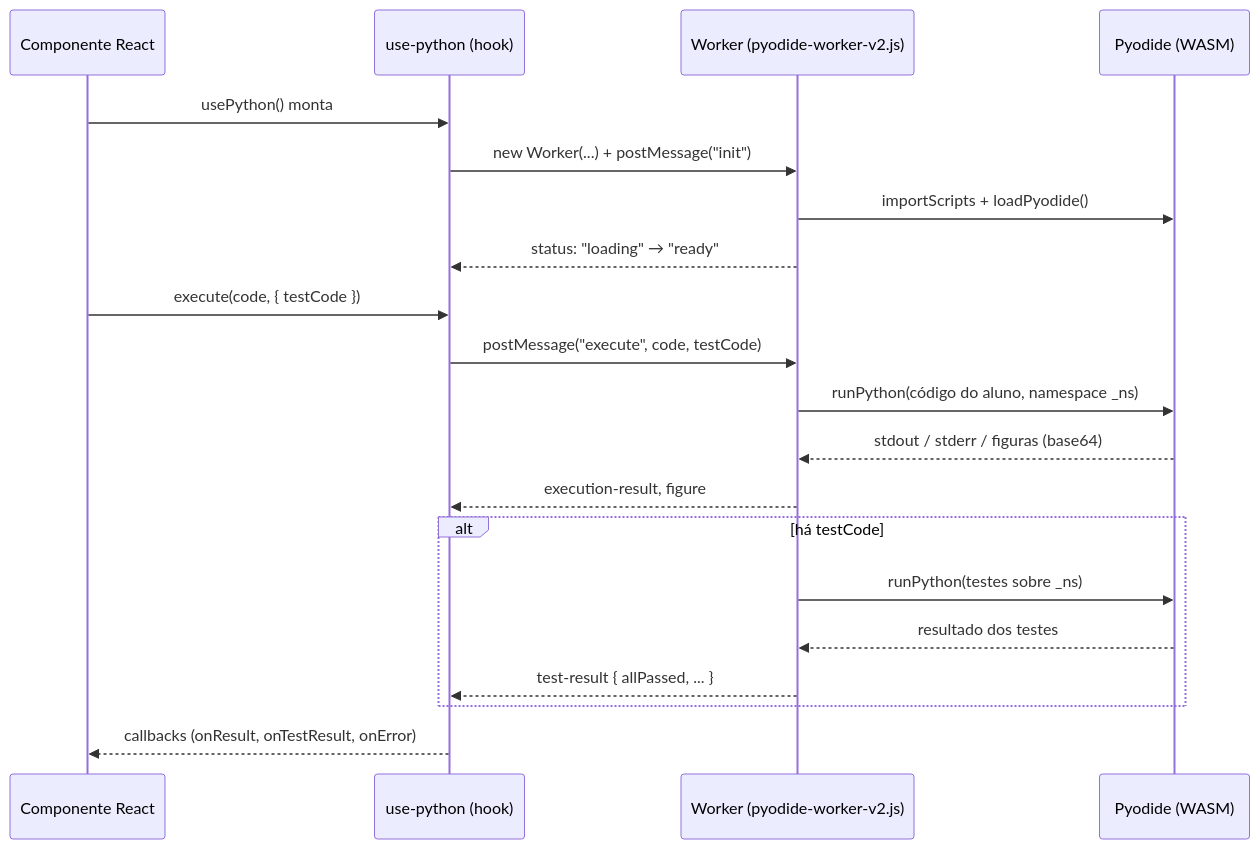
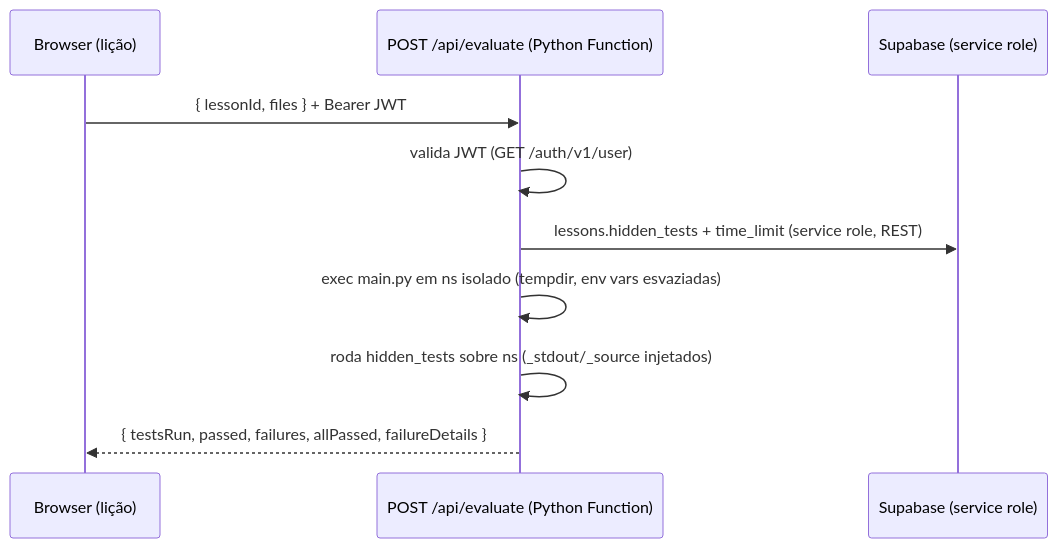
Before and after one commit to Lip3Bazinga/v0-level-usp-project: the diagram in docs/05-avaliador-python.md, drawn with Mermaid. The commit also changed other lines of this file and 4 other files, not shown here.

````diff
--- a/docs/05-avaliador-python.md
+++ b/docs/05-avaliador-python.md
@@ -13,24 +14,13 @@
 ```mermaid
 sequenceDiagram
-    participant C as Componente React
-    participant H as use-python (hook)
-    participant W as Worker (pyodide-worker-v2.js)
-    participant Py as Pyodide (WASM)
+    participant B as Browser (lição)
+    participant E as POST /api/evaluate (Python Function)
+    participant DB as Supabase (service role)
 
-    C->>H: usePython() monta
-    H->>W: new Worker(...) + postMessage("init")
-    W->>Py: importScripts + loadPyodide()
-    W-->>H: status: "loading" → "ready"
-
-    C->>H: execute(code, { testCode })
-    H->>W: postMessage("execute", code, testCode)
-    W->>Py: runPython(código do aluno, namespace _ns)
-    Py-->>W: stdout / stderr / figuras (base64)
-    W-->>H: execution-result, figure
-    alt há testCode
-        W->>Py: runPython(testes sobre _ns)
-        Py-->>W: resultado dos testes
-        W-->>H: test-result { allPassed, ... }
-    end
-    H-->>C: callbacks (onResult, onTestResult, onError)
+    B->>E: { lessonId, files } + Bearer JWT
+    E->>E: valida JWT (GET /auth/v1/user)
+    E->>DB: lessons.hidden_tests + time_limit (service role, REST)
+    E->>E: exec main.py em ns isolado (tempdir, env vars esvaziadas)
+    E->>E: roda hidden_tests sobre ns (_stdout/_source injetados)
+    E-->>B: { testsRun, passed, failures, allPassed, failureDetails }
 ```
````
